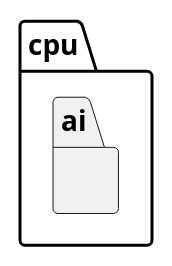
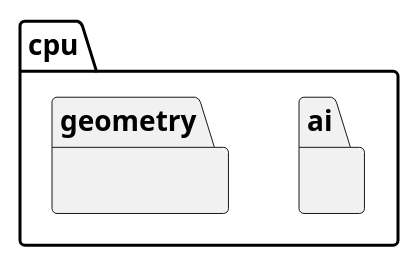
One commit to McNopper/Playground changed the diagram in docs/diagrams/packages/package_cpu.puml. Above: the diagram before and after it, drawn with PlantUML. The commit also changed 6 other files, not shown here.

```diff
--- a/docs/diagrams/packages/package_cpu.puml
+++ b/docs/diagrams/packages/package_cpu.puml
@@ -1,9 +1,11 @@
 @startuml Package cpu
 
 package cpu {
 
   package ai {}
 
+  package geometry {}
+
 }
 
 @enduml
```
